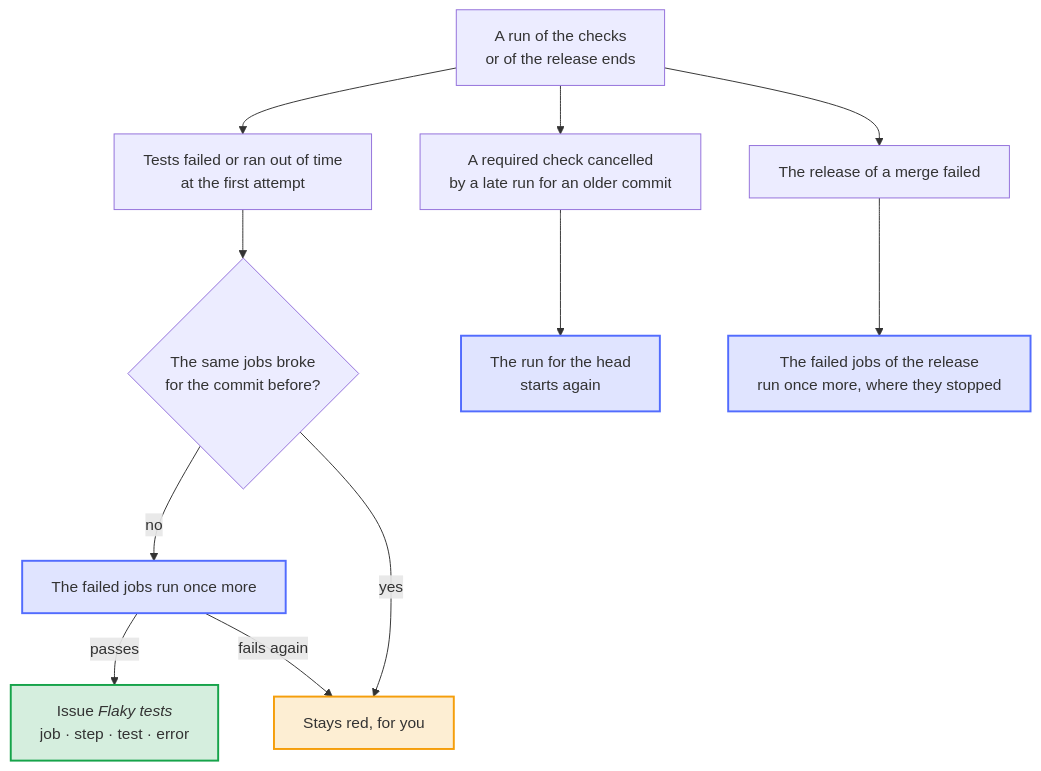
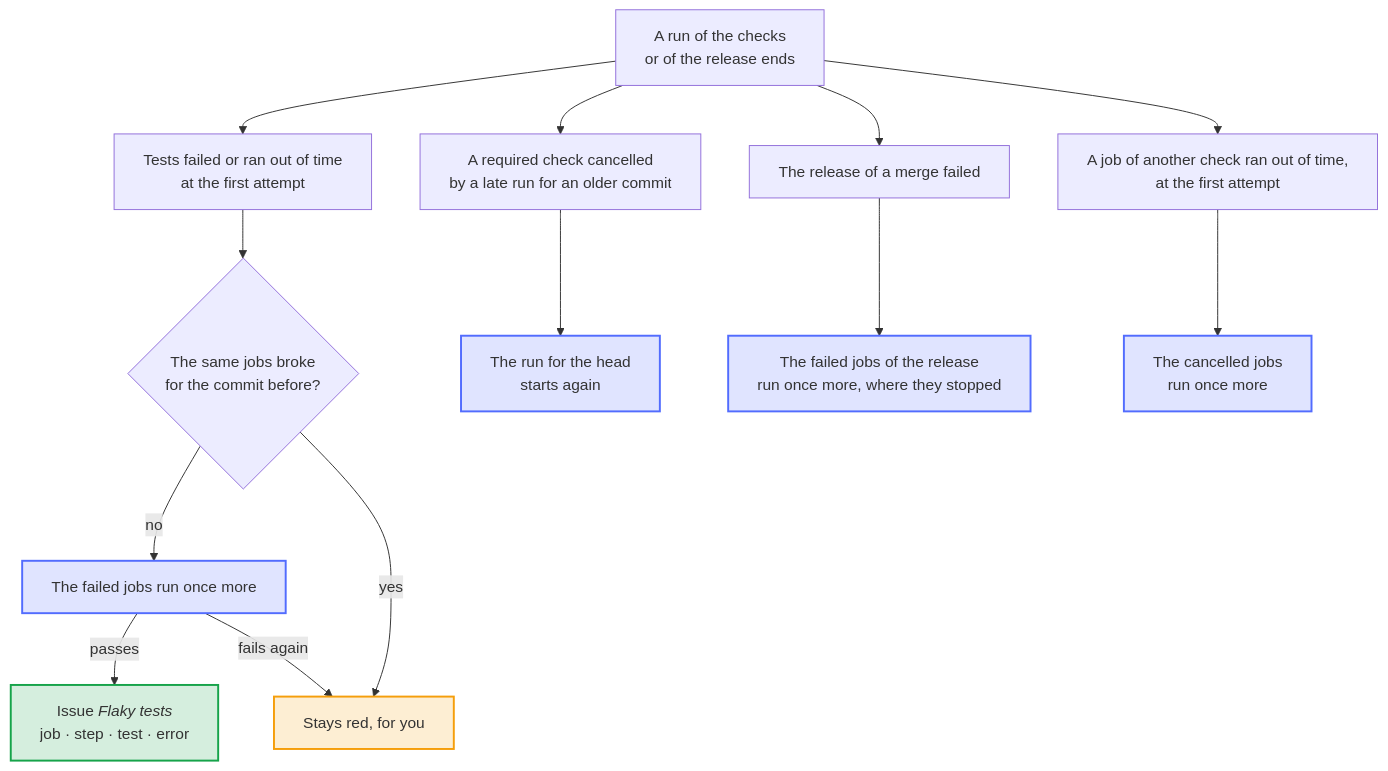
The diagram in docs/diagrams/when-a-check-fails-or-stops.mmd (Dennis-Otto/repo-blueprint), drawn with Mermaid before and after one commit. The commit also changed 75 other files, not shown here.

```diff
--- a/docs/diagrams/when-a-check-fails-or-stops.mmd
+++ b/docs/diagrams/when-a-check-fails-or-stops.mmd
@@ -1,37 +1,41 @@
 ---
 config:
   flowchart:
     wrappingWidth: 400
 ---
 flowchart TB
     accTitle: When a check fails or stops
-    accDescr: When a run of the checks or of the release ends, the bots after the checks look at how. Tests that failed or ran out of time at first run their failed jobs once more, unless the same jobs broke for the commit before; a job that passes then goes into the issue of flaky tests with its step, its test and its error, and one that fails again stays red. A required check that a late run for an older commit cancelled starts again. The release of a merge that failed runs its failed jobs once more, where they stopped.
+    accDescr: When a run of the checks or of the release ends, the bots after the checks look at how. Tests that failed or ran out of time at first run their failed jobs once more, unless the same jobs broke for the commit before; a job that passes then goes into the issue of flaky tests with its step, its test and its error, and one that fails again stays red. A required check that a late run for an older commit cancelled starts again. A job of another check that ran out of time at the first attempt runs once more. The release of a merge that failed runs its failed jobs once more, where they stopped.
 
     run["A run of the checks<br>or of the release ends"]
     tests["Tests failed or ran out of time<br>at the first attempt"]
     raced["A required check cancelled<br>by a late run for an older commit"]
     release["The release of a merge failed"]
+    late["A job of another check ran out of time,<br>at the first attempt"]
     before{"The same jobs broke<br>for the commit before?"}
     again["The failed jobs run once more"]
     flaky["`Issue *Flaky tests*<br>job · step · test · error`"]
     restart["The run for the head<br>starts again"]
     resume["The failed jobs of the release<br>run once more, where they stopped"]
+    once["The cancelled jobs<br>run once more"]
     red["Stays red, for you"]
 
     run --> tests
     run --> raced
     run --> release
+    run --> late
     tests --> before
     before -- "no" --> again
     before -- "yes" --> red
     again -- "passes" --> flaky
     again -- "fails again" --> red
     raced --> restart
+    late --> once
     release --> resume
 
     classDef bot fill:#526cfe2e,stroke:#526cfe,stroke-width:2px
     classDef person fill:#f59e0b2e,stroke:#f59e0b,stroke-width:2px
     classDef done fill:#16a34a2e,stroke:#16a34a,stroke-width:2px
-    class again,restart,resume bot
+    class again,restart,resume,once bot
     class red person
     class flaky done
```
